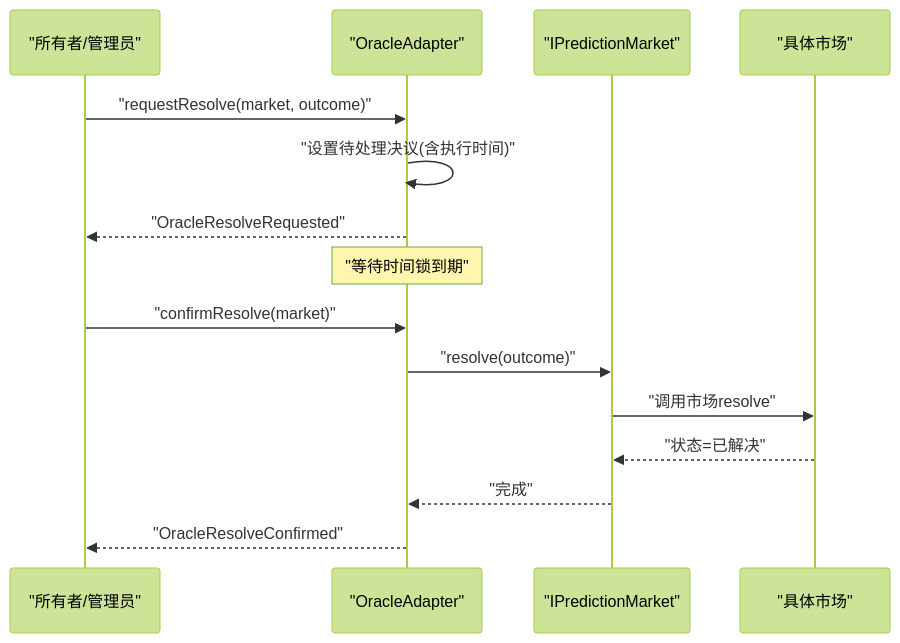
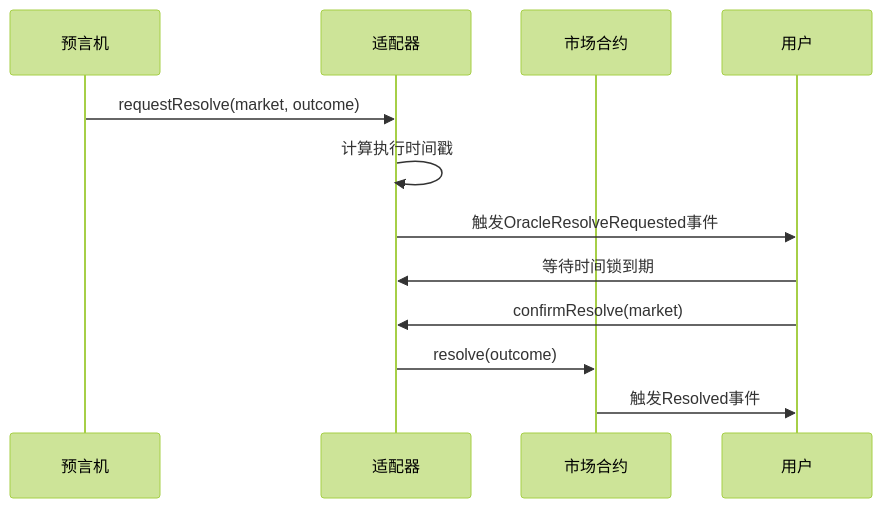
Before and after one commit to SimonHofman/PredictionDIDSimple: the fifth of 11 diagrams in contracts/.qoder/repowiki/zh/content/架构设计/架构设计.md, drawn with Mermaid (forest theme). The commit also changed other lines of this file and 162 other files, not shown here.

````diff
--- a/contracts/.qoder/repowiki/zh/content/架构设计/架构设计.md
+++ b/contracts/.qoder/repowiki/zh/content/架构设计/架构设计.md
@@ -244,17 +253,14 @@
 ```mermaid
 sequenceDiagram
-participant Owner as "所有者/管理员"
-participant OA as "OracleAdapter"
-participant PM as "IPredictionMarket"
-participant Market as "具体市场"
-Owner->>OA : "requestResolve(market, outcome)"
-OA->>OA : "设置待处理决议(含执行时间)"
-OA-->>Owner : "OracleResolveRequested"
-Note over OA : "等待时间锁到期"
-Owner->>OA : "confirmResolve(market)"
-OA->>PM : "resolve(outcome)"
-PM->>Market : "调用市场resolve"
-Market-->>PM : "状态=已解决"
-PM-->>OA : "完成"
-OA-->>Owner : "OracleResolveConfirmed"
+participant ORACLE as 预言机
+participant ADAPTER as 适配器
+participant MARKET as 市场合约
+participant USER as 用户
+ORACLE->>ADAPTER : requestResolve(market, outcome)
+ADAPTER->>ADAPTER : 计算执行时间戳
+ADAPTER->>USER : 触发OracleResolveRequested事件
+USER->>ADAPTER : 等待时间锁到期
+USER->>ADAPTER : confirmResolve(market)
+ADAPTER->>MARKET : resolve(outcome)
+MARKET->>USER : 触发Resolved事件
 ```
````
